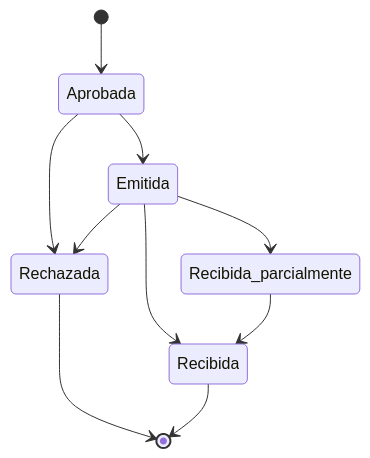
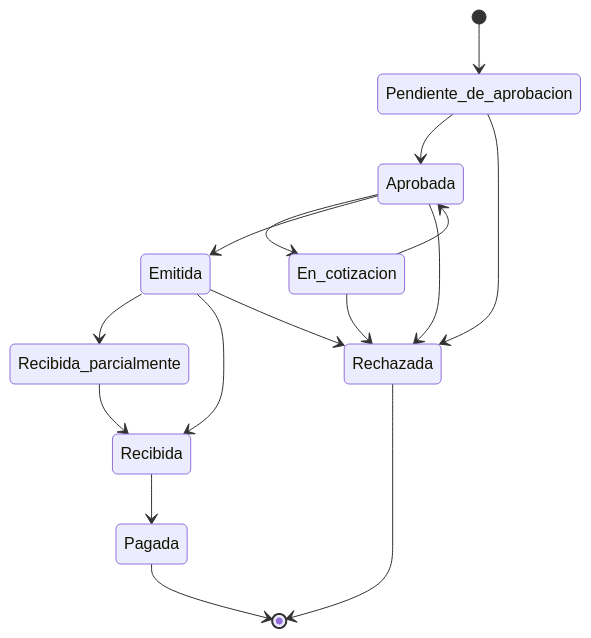
One commit to MDS-BI/Grupo-14 changed the second of 2 diagrams in specs/001-erp-base-module/data-model.md. Above: the diagram before and after it, drawn with Mermaid. The commit also changed other lines of this file and 6 other files, not shown here.

````diff
--- a/specs/001-erp-base-module/data-model.md
+++ b/specs/001-erp-base-module/data-model.md
@@ -198,12 +246,18 @@
 ```mermaid
 stateDiagram-v2
-  [*] --> Aprobada
+  [*] --> Pendiente_de_aprobacion
+  Pendiente_de_aprobacion --> Aprobada
+  Pendiente_de_aprobacion --> Rechazada
+  Aprobada --> En_cotizacion
   Aprobada --> Emitida
   Aprobada --> Rechazada
+  En_cotizacion --> Aprobada
+  En_cotizacion --> Rechazada
   Emitida --> Recibida_parcialmente
   Emitida --> Recibida
   Emitida --> Rechazada
   Recibida_parcialmente --> Recibida
+  Recibida --> Pagada
+  Pagada --> [*]
   Rechazada --> [*]
-  Recibida --> [*]
 ```
````
